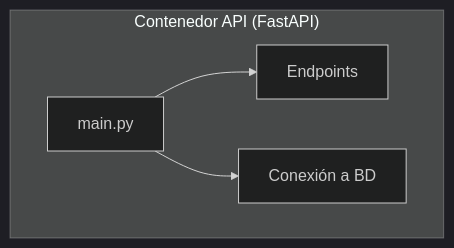
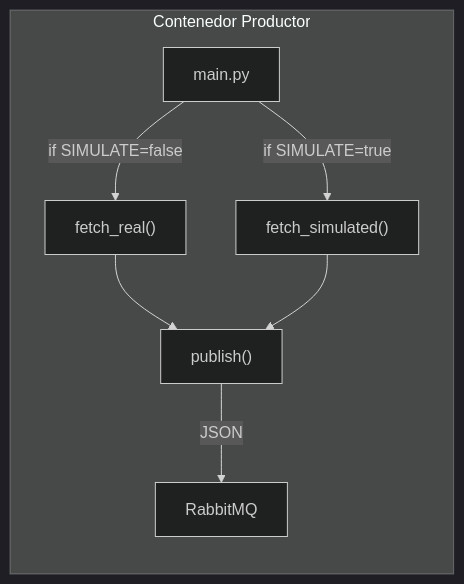
Before and after one commit to Oyhs-co/weather-logs-system: the second of 4 diagrams in README.md, drawn with Mermaid (dark theme). The commit also changed other lines of this file and 2 other files, not shown here.

````diff
--- a/README.md
+++ b/README.md
@@ -194,11 +442,15 @@
 ```mermaid
-graph TD
-    subgraph "Contenedor API (FastAPI)"
-        A["main.py"]
-        B["Endpoints"]
-        C["Conexión a BD"]
-
-        A --> B
-        A --> C
+graph LR
+    subgraph "Contenedor Productor"
+        main["main.py"]
+        fetch_real["fetch_real()"]
+        fetch_sim["fetch_simulated()"]
+        publish["publish()"]
+        
+        main -->|if SIMULATE=false| fetch_real
+        main -->|if SIMULATE=true| fetch_sim
+        fetch_real --> publish
+        fetch_sim --> publish
+        publish -->|JSON| RMQ["RabbitMQ"]
     end
 ```
````
